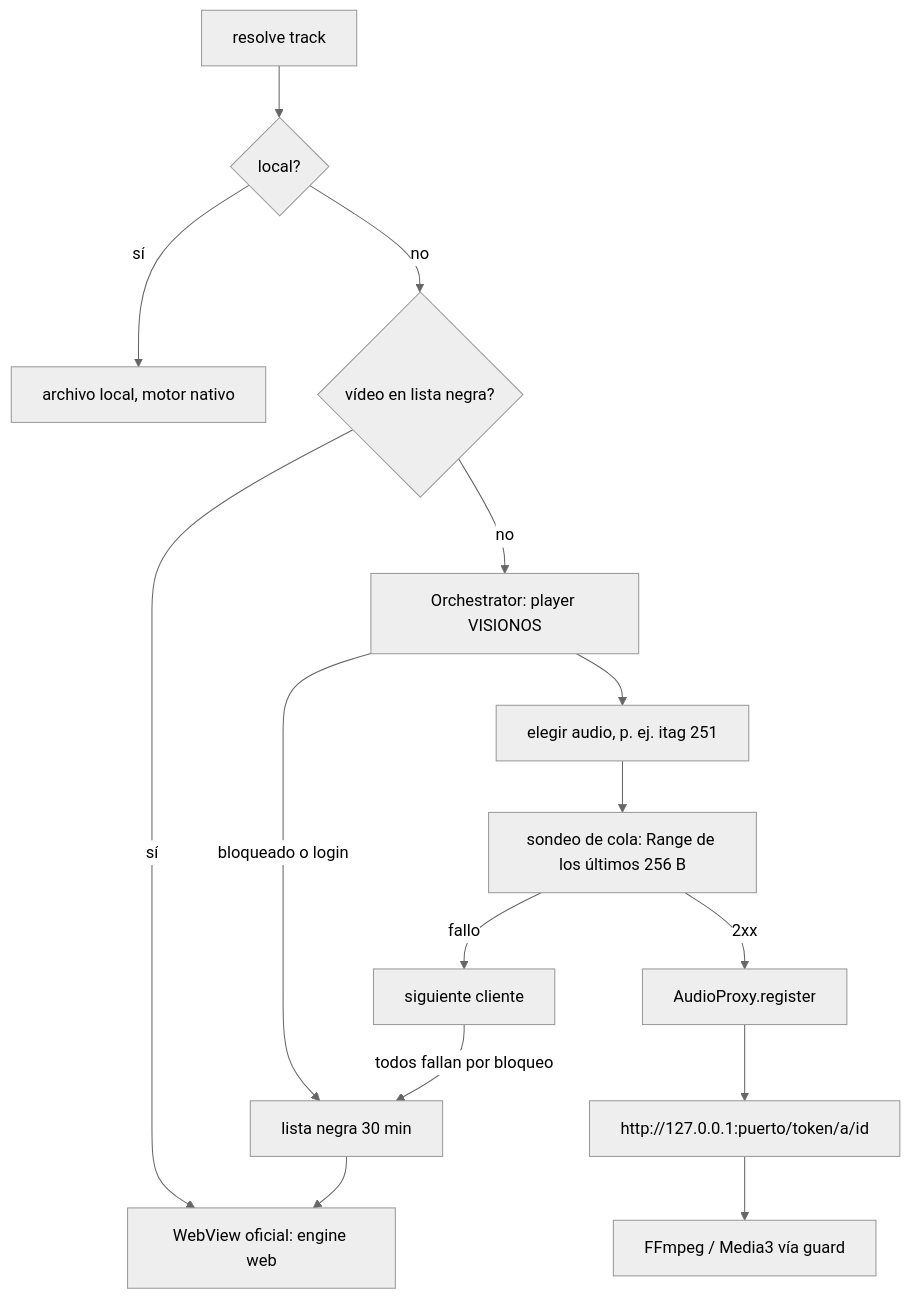
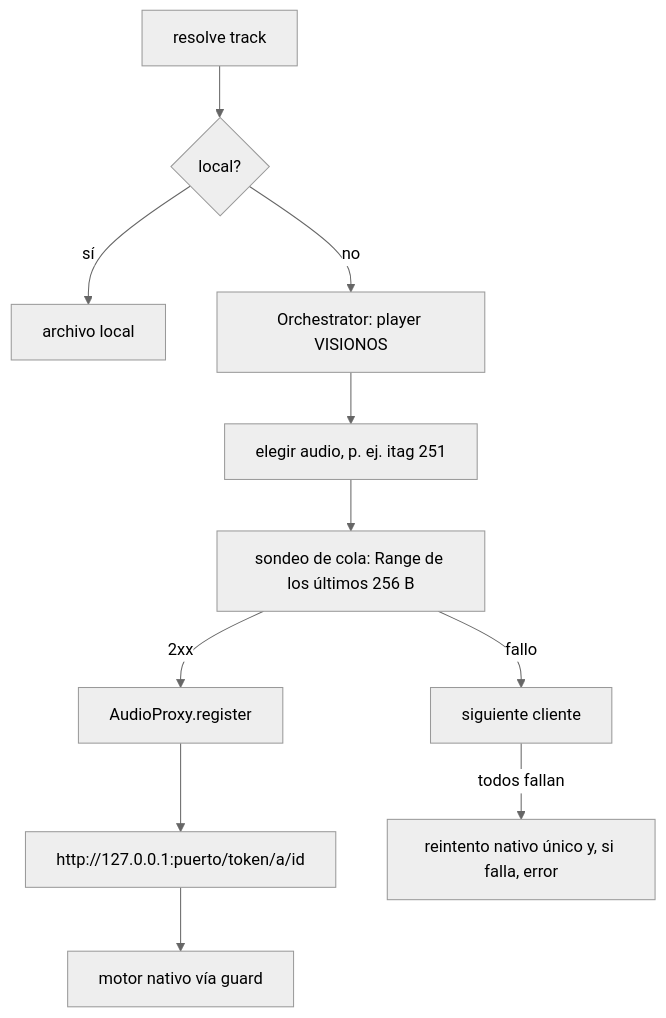
Before and after one commit to kaz-py/auroraMusic: the diagram in docs/youtube_music_audio_engine.md, drawn with Mermaid (neutral theme). The commit also changed other lines of this file and 123 other files, not shown here.

Commit message:
Voz y letras con Whisper, importación de enlaces públicos de Spotify, motor con 8 s de búfer y sin WebView [skip ci]

````diff
--- a/docs/youtube_music_audio_engine.md
+++ b/docs/youtube_music_audio_engine.md
@@ -35,17 +29,13 @@
 ```mermaid
 flowchart TD
   A[resolve track] --> B{local?}
-  B -- sí --> L[archivo local, motor nativo]
-  B -- no --> C{vídeo en lista negra?}
-  C -- sí --> W
-  C -- no --> D[Orchestrator: player VISIONOS]
+  B -- sí --> L[archivo local]
+  B -- no --> D[Orchestrator: player VISIONOS]
   D --> E[elegir audio, p. ej. itag 251]
   E --> F[sondeo de cola: Range de los últimos 256 B]
   F -- 2xx --> G[AudioProxy.register]
   G --> H[http://127.0.0.1:puerto/token/a/id]
-  H --> I[FFmpeg / Media3 vía guard]
-  D -- bloqueado o login --> X[lista negra 30 min]
+  H --> I[motor nativo vía guard]
   F -- fallo --> D2[siguiente cliente]
-  D2 -- todos fallan por bloqueo --> X
-  X --> W[WebView oficial: engine web]
+  D2 -- todos fallan --> R[reintento nativo único y, si falla, error]
 ```
````
